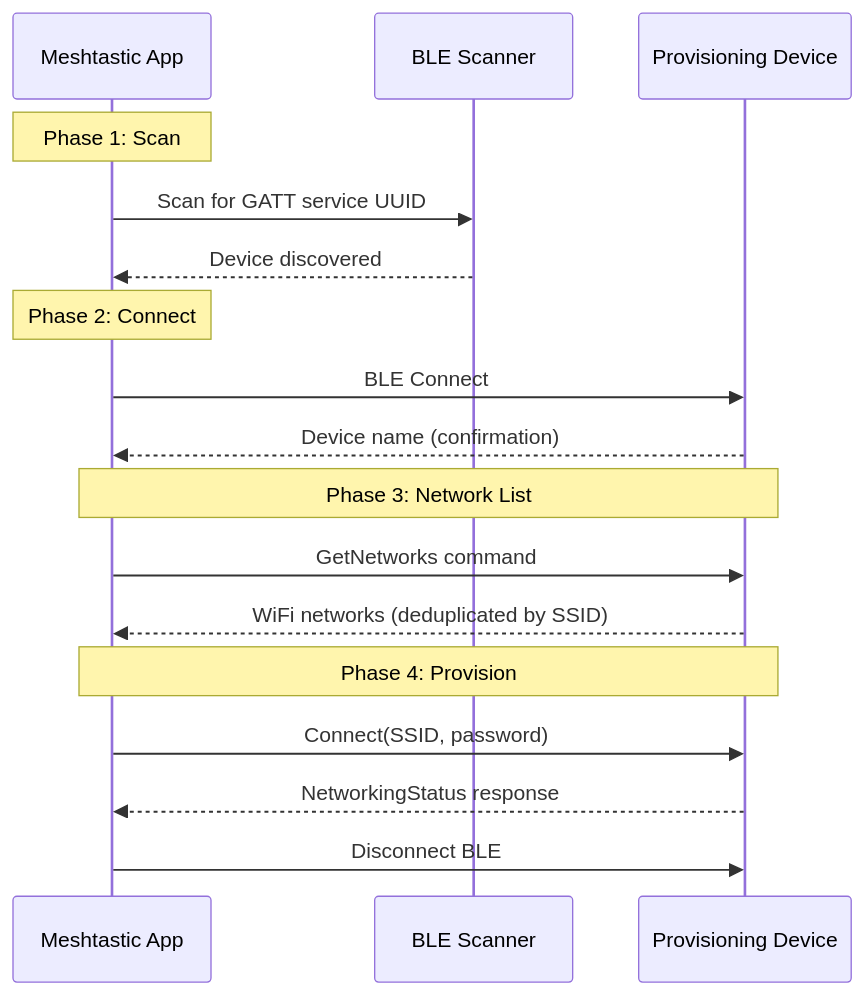
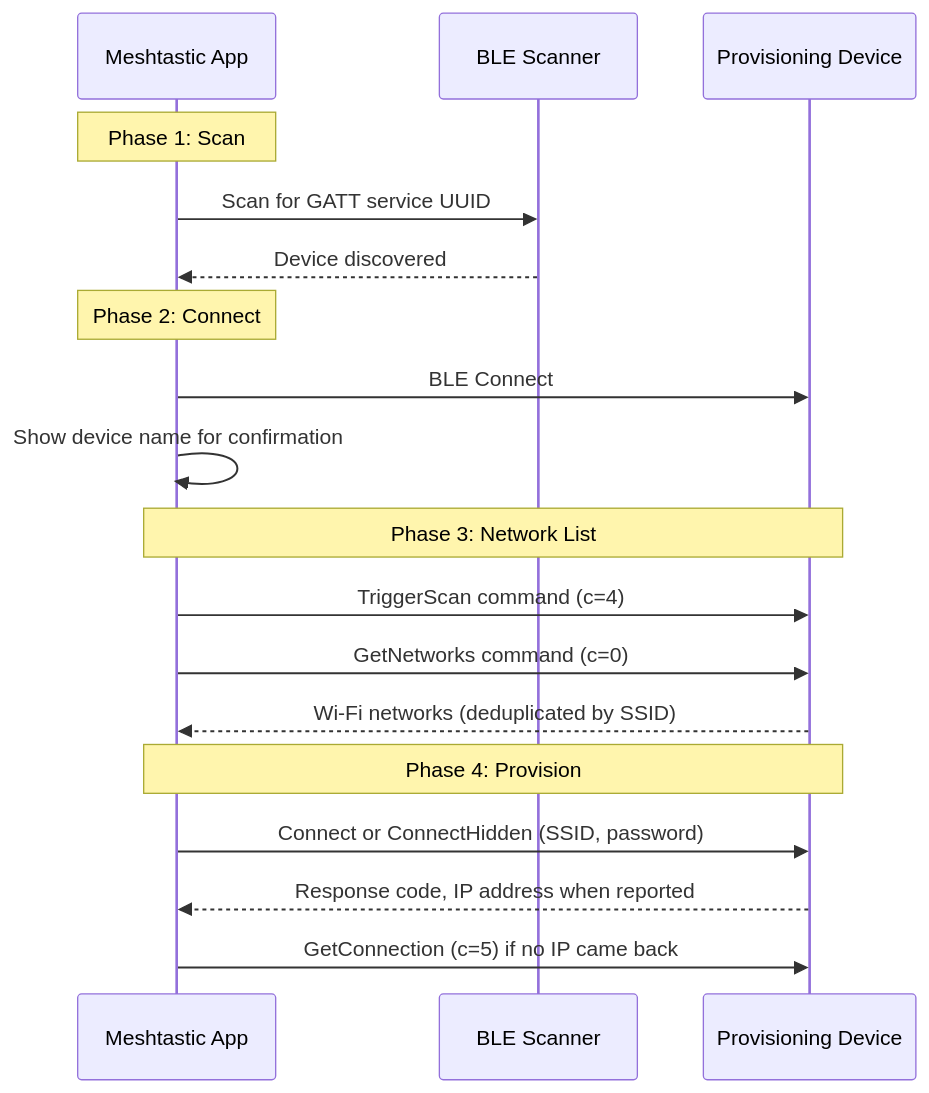
Before and after one commit to meshtastic/Meshtastic-Android: the first of 2 diagrams in feature/wifi-provision/README.md, drawn with Mermaid. The commit also changed other lines of this file and 108 other files, not shown here.

````diff
--- a/feature/wifi-provision/README.md
+++ b/feature/wifi-provision/README.md
@@ -13,23 +13,24 @@
 ```mermaid
 sequenceDiagram
     participant App as Meshtastic App
     participant BLE as BLE Scanner
     participant Device as Provisioning Device
 
     Note over App: Phase 1: Scan
     App->>BLE: Scan for GATT service UUID
     BLE-->>App: Device discovered
 
     Note over App: Phase 2: Connect
     App->>Device: BLE Connect
-    Device-->>App: Device name (confirmation)
+    App->>App: Show device name for confirmation
 
     Note over App, Device: Phase 3: Network List
-    App->>Device: GetNetworks command
-    Device-->>App: WiFi networks (deduplicated by SSID)
+    App->>Device: TriggerScan command (c=4)
+    App->>Device: GetNetworks command (c=0)
+    Device-->>App: Wi-Fi networks (deduplicated by SSID)
 
     Note over App, Device: Phase 4: Provision
-    App->>Device: Connect(SSID, password)
-    Device-->>App: NetworkingStatus response
-    App->>Device: Disconnect BLE
+    App->>Device: Connect or ConnectHidden (SSID, password)
+    Device-->>App: Response code, IP address when reported
+    App->>Device: GetConnection (c=5) if no IP came back
 ```
````
